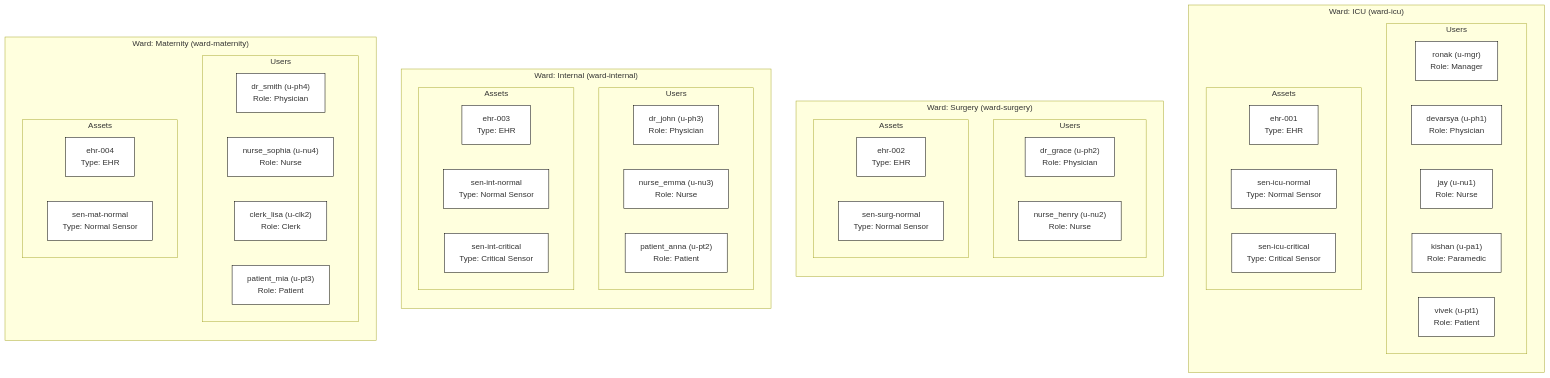
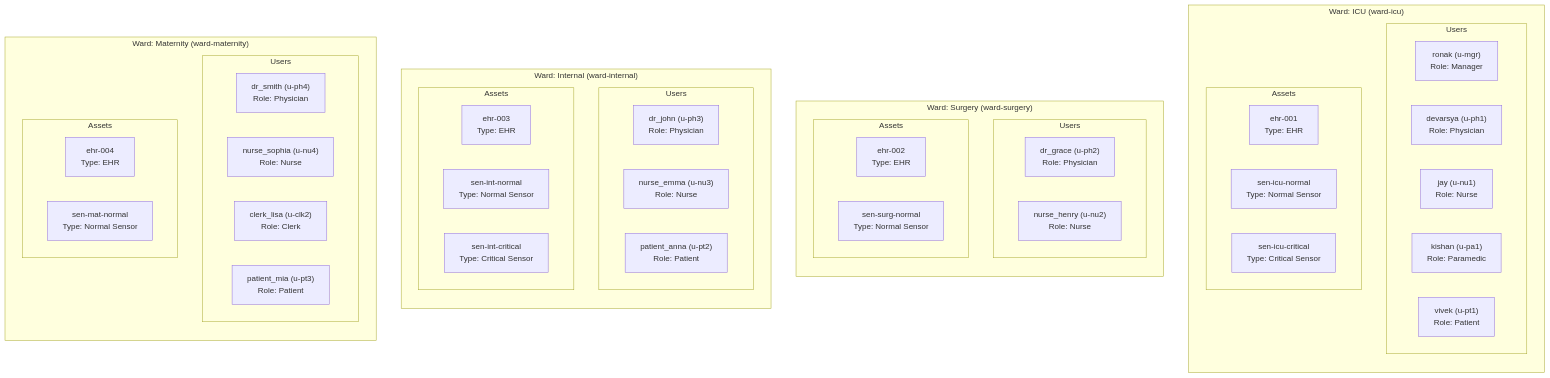
The third of 3 diagrams in README.md (SujalSavani106/hospital-hissec), drawn with Mermaid before and after one commit. The commit also changed other lines of this file, not shown here.

````diff
--- a/README.md
+++ b/README.md
@@ -145,60 +136,58 @@
 ```mermaid
-graph TD
-    classDef default fill:#ffffff,stroke:#000000,stroke-width:1px;
-
-    subgraph ICU ["Ward: ICU (ward-icu)"]
+flowchart TD
+    subgraph ICU["Ward: ICU (ward-icu)"]
         direction TB
-        subgraph ICU_Users ["Users"]
-            U_MGR["ronak (u-mgr)<br/>Role: Manager"]:::default
-            U_PH1["devarsya (u-ph1)<br/>Role: Physician"]:::default
-            U_NU1["jay (u-nu1)<br/>Role: Nurse"]:::default
-            U_PA1["kishan (u-pa1)<br/>Role: Paramedic"]:::default
-            U_PT1["vivek (u-pt1)<br/>Role: Patient"]:::default
+        subgraph ICU_Users["Users"]
+            U_MGR["ronak (u-mgr)<br/>Role: Manager"]
+            U_PH1["devarsya (u-ph1)<br/>Role: Physician"]
+            U_NU1["jay (u-nu1)<br/>Role: Nurse"]
+            U_PA1["kishan (u-pa1)<br/>Role: Paramedic"]
+            U_PT1["vivek (u-pt1)<br/>Role: Patient"]
         end
-        subgraph ICU_Assets ["Assets"]
-            EHR1["ehr-001<br/>Type: EHR"]:::default
-            SEN1["sen-icu-normal<br/>Type: Normal Sensor"]:::default
-            SEN2["sen-icu-critical<br/>Type: Critical Sensor"]:::default
+        subgraph ICU_Assets["Assets"]
+            EHR1["ehr-001<br/>Type: EHR"]
+            SEN1["sen-icu-normal<br/>Type: Normal Sensor"]
+            SEN2["sen-icu-critical<br/>Type: Critical Sensor"]
         end
     end
 
-    subgraph SURGERY ["Ward: Surgery (ward-surgery)"]
+    subgraph SURGERY["Ward: Surgery (ward-surgery)"]
         direction TB
-        subgraph SURG_Users ["Users"]
-            U_PH2["dr_grace (u-ph2)<br/>Role: Physician"]:::default
-            U_NU2["nurse_henry (u-nu2)<br/>Role: Nurse"]:::default
+        subgraph SURG_Users["Users"]
+            U_PH2["dr_grace (u-ph2)<br/>Role: Physician"]
+            U_NU2["nurse_henry (u-nu2)<br/>Role: Nurse"]
         end
-        subgraph SURG_Assets ["Assets"]
-            EHR2["ehr-002<br/>Type: EHR"]:::default
-            SEN3["sen-surg-normal<br/>Type: Normal Sensor"]:::default
+        subgraph SURG_Assets["Assets"]
+            EHR2["ehr-002<br/>Type: EHR"]
+            SEN3["sen-surg-normal<br/>Type: Normal Sensor"]
         end
     end
 
-    subgraph INTERNAL ["Ward: Internal (ward-internal)"]
+    subgraph INTERNAL["Ward: Internal (ward-internal)"]
         direction TB
-        subgraph INT_Users ["Users"]
-            U_PH3["dr_john (u-ph3)<br/>Role: Physician"]:::default
-            U_NU3["nurse_emma (u-nu3)<br/>Role: Nurse"]:::default
-            U_PT2["patient_anna (u-pt2)<br/>Role: Patient"]:::default
+        subgraph INT_Users["Users"]
+            U_PH3["dr_john (u-ph3)<br/>Role: Physician"]
+            U_NU3["nurse_emma (u-nu3)<br/>Role: Nurse"]
+            U_PT2["patient_anna (u-pt2)<br/>Role: Patient"]
         end
-        subgraph INT_Assets ["Assets"]
-            EHR3["ehr-003<br/>Type: EHR"]:::default
-            SEN4["sen-int-normal<br/>Type: Normal Sensor"]:::default
-            SEN5["sen-int-critical<br/>Type: Critical Sensor"]:::default
+        subgraph INT_Assets["Assets"]
+            EHR3["ehr-003<br/>Type: EHR"]
+            SEN4["sen-int-normal<br/>Type: Normal Sensor"]
+            SEN5["sen-int-critical<br/>Type: Critical Sensor"]
         end
     end
 
-    subgraph MATERNITY ["Ward: Maternity (ward-maternity)"]
+    subgraph MATERNITY["Ward: Maternity (ward-maternity)"]
         direction TB
-        subgraph MAT_Users ["Users"]
-            U_PH4["dr_smith (u-ph4)<br/>Role: Physician"]:::default
-            U_NU4["nurse_sophia (u-nu4)<br/>Role: Nurse"]:::default
-            U_CLK2["clerk_lisa (u-clk2)<br/>Role: Clerk"]:::default
-            U_PT3["patient_mia (u-pt3)<br/>Role: Patient"]:::default
+        subgraph MAT_Users["Users"]
+            U_PH4["dr_smith (u-ph4)<br/>Role: Physician"]
+            U_NU4["nurse_sophia (u-nu4)<br/>Role: Nurse"]
+            U_CLK2["clerk_lisa (u-clk2)<br/>Role: Clerk"]
+            U_PT3["patient_mia (u-pt3)<br/>Role: Patient"]
         end
-        subgraph MAT_Assets ["Assets"]
-            EHR4["ehr-004<br/>Type: EHR"]:::default
-            SEN6["sen-mat-normal<br/>Type: Normal Sensor"]:::default
+        subgraph MAT_Assets["Assets"]
+            EHR4["ehr-004<br/>Type: EHR"]
+            SEN6["sen-mat-normal<br/>Type: Normal Sensor"]
         end
     end
 ```
````
